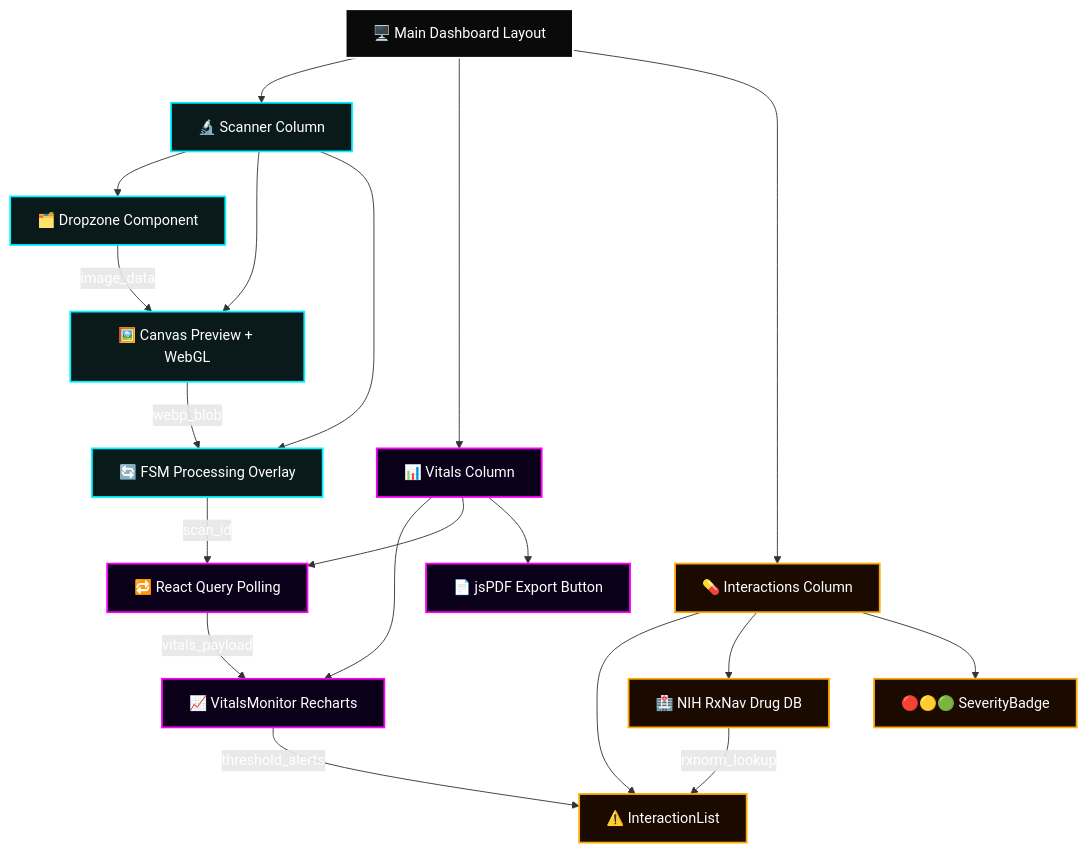
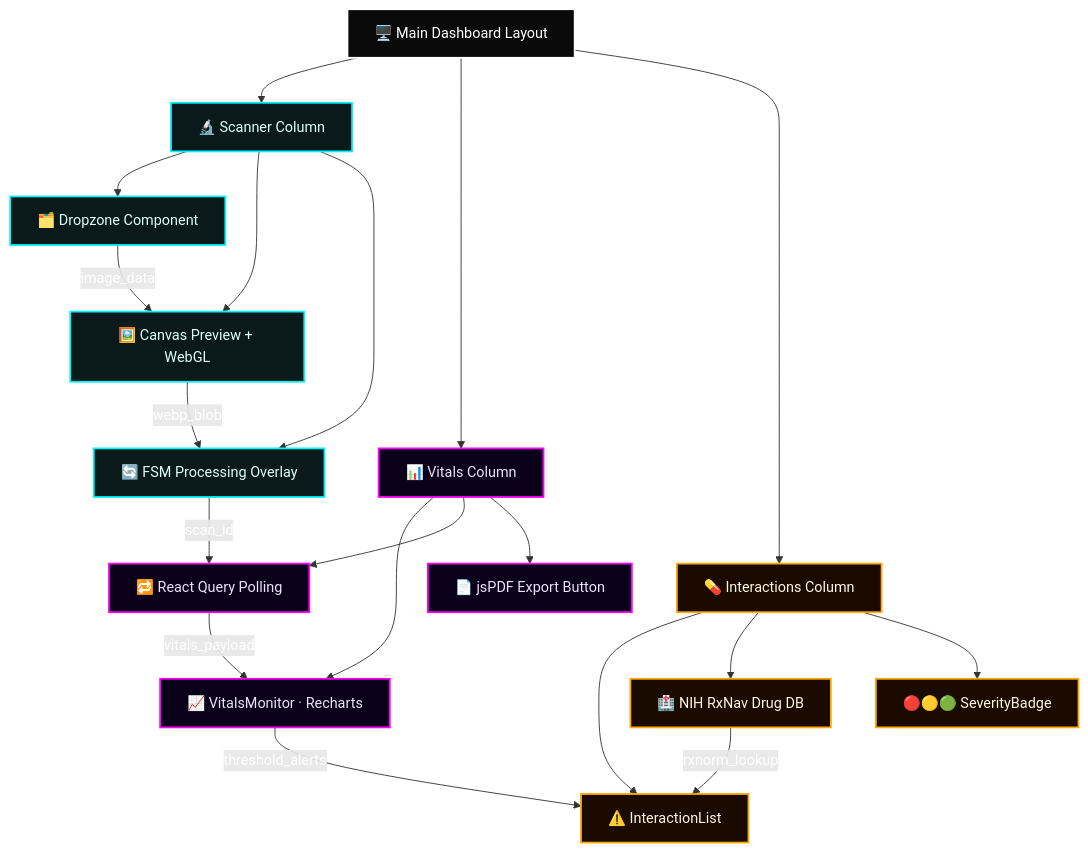
One commit to salonyranjan/RxScan-AI changed the second of 3 diagrams in README.md. Above: the diagram before and after it, drawn with Mermaid. The commit also changed other lines of this file, not shown here.

````diff
--- a/README.md
+++ b/README.md
@@ -396,35 +427,30 @@
 ```mermaid
 flowchart TD
-    A[🖥️ Main Dashboard Layout] --> B[🔬 Scanner Column]
-    A --> C[📊 Vitals Column]
-    A --> D[💊 Interactions Column]
+    A["🖥️ Main Dashboard Layout"]:::root --> B["🔬 Scanner Column"]:::scanner
+    A --> C["📊 Vitals Column"]:::vitals
+    A --> D["💊 Interactions Column"]:::drug
 
-    B --> B1[🗂️ Dropzone Component]
-    B --> B2[🖼️ Canvas Preview + WebGL]
-    B --> B3[🔄 FSM Processing Overlay]
+    B --> B1["🗂️ Dropzone Component"]:::scanner
+    B --> B2["🖼️ Canvas Preview + WebGL"]:::scanner
+    B --> B3["🔄 FSM Processing Overlay"]:::scanner
 
-    C --> C1[📈 VitalsMonitor Recharts]
-    C --> C2[🔁 React Query Polling]
-    C --> C3[📄 jsPDF Export Button]
+    C --> C1["📈 VitalsMonitor · Recharts"]:::vitals
+    C --> C2["🔁 React Query Polling"]:::vitals
+    C --> C3["📄 jsPDF Export Button"]:::vitals
 
-    D --> D1[⚠️ InteractionList]
-    D --> D2[🏥 NIH RxNav Drug DB]
-    D --> D3[🔴🟡🟢 SeverityBadge]
+    D --> D1["⚠️ InteractionList"]:::drug
+    D --> D2["🏥 NIH RxNav Drug DB"]:::drug
+    D --> D3["🔴🟡🟢 SeverityBadge"]:::drug
 
-    B1 -->|image_data| B2
-    B2 -->|webp_blob| B3
-    B3 -->|scan_id| C2
-    C2 -->|vitals_payload| C1
-    C1 -->|threshold_alerts| D1
-    D2 -->|rxnorm_lookup| D1
+    B1 -->|"image_data"| B2
+    B2 -->|"webp_blob"| B3
+    B3 -->|"scan_id"| C2
+    C2 -->|"vitals_payload"| C1
+    C1 -->|"threshold_alerts"| D1
+    D2 -->|"rxnorm_lookup"| D1
 
-    classDef scanner fill:#0a1a1a,stroke:#00f3ff,stroke-width:2px,color:#fff;
-    classDef vitals fill:#0a001a,stroke:#ff00ff,stroke-width:2px,color:#fff;
-    classDef drug fill:#1a0a00,stroke:#ffaa00,stroke-width:2px,color:#fff;
-    classDef root fill:#0a0a0a,stroke:#fff,stroke-width:2px,color:#fff;
-
-    class A root;
-    class B,B1,B2,B3 scanner;
-    class C,C1,C2,C3 vitals;
-    class D,D1,D2,D3 drug;
+    classDef scanner fill:#0a1a1a,stroke:#00f3ff,stroke-width:2px,color:#e0ffff
+    classDef vitals  fill:#0a001a,stroke:#ff00ff,stroke-width:2px,color:#f0e0ff
+    classDef drug    fill:#1a0a00,stroke:#ffaa00,stroke-width:2px,color:#fff8e0
+    classDef root    fill:#0a0a0a,stroke:#ffffff,stroke-width:2px,color:#ffffff
 ```
````
